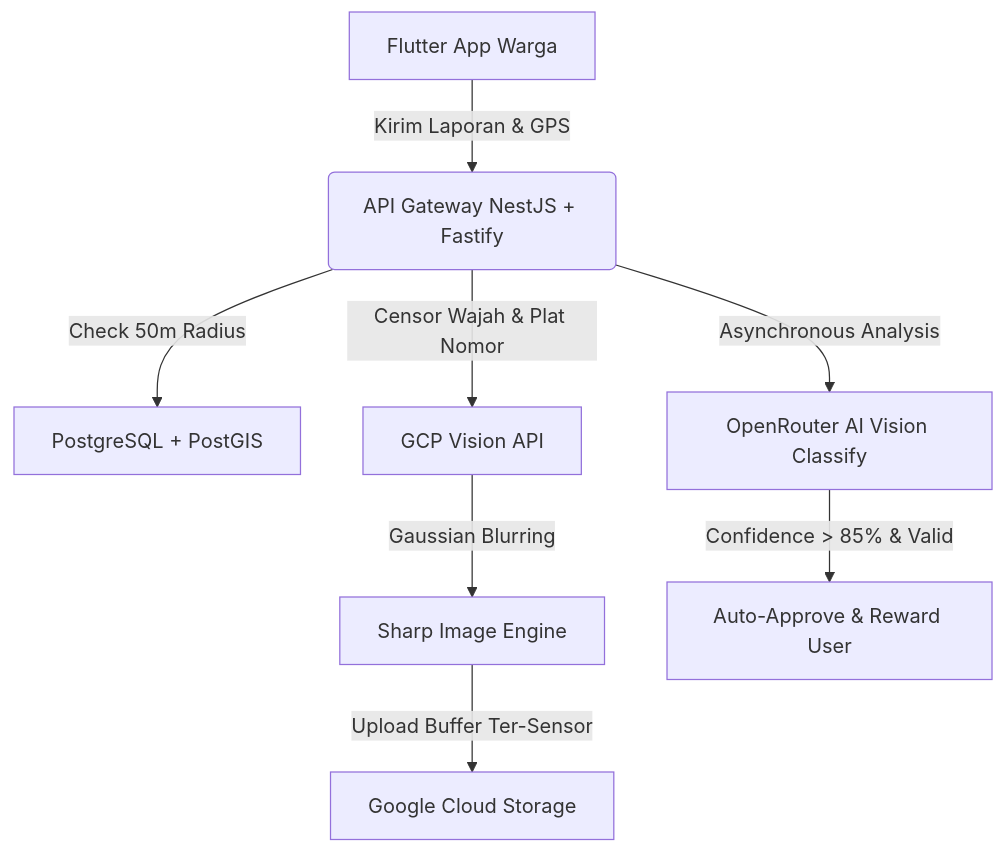
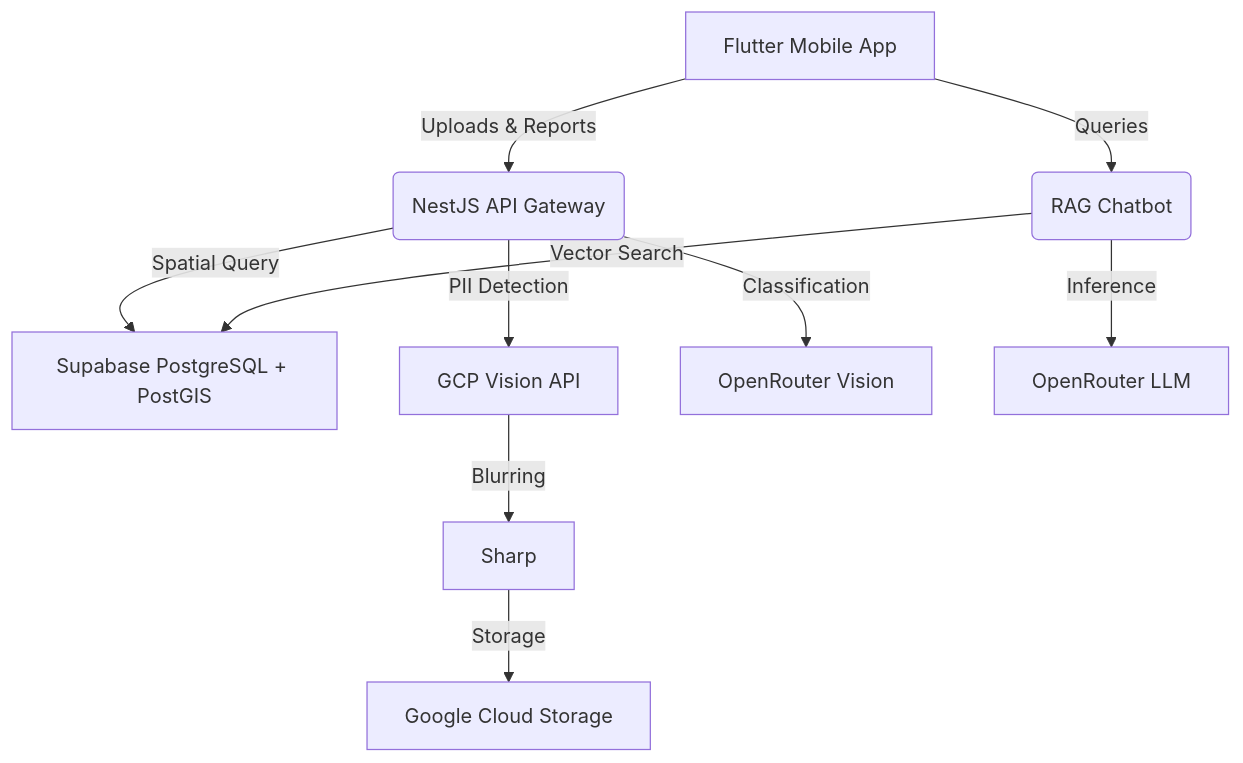
Before and after one commit to agissugandi7203-ops/EKKA-2026_MarhasAI: the diagram in README.md, drawn with Mermaid. The commit also changed other lines of this file, not shown here.

````diff
--- a/README.md
+++ b/README.md
@@ -94,10 +46,12 @@
 ```mermaid
 graph TD
-    A[Flutter App Warga] -->|Kirim Laporan & GPS| B(API Gateway NestJS + Fastify)
-    B -->|Check 50m Radius| C[PostgreSQL + PostGIS]
-    B -->|Censor Wajah & Plat Nomor| D[GCP Vision API]
-    D -->|Gaussian Blurring| E[Sharp Image Engine]
-    E -->|Upload Buffer Ter-Sensor| F[Google Cloud Storage]
-    B -->|Asynchronous Analysis| G[OpenRouter AI Vision Classify]
-    G -->|Confidence > 85% & Valid| H[Auto-Approve & Reward User]
+    A[Flutter Mobile App] -->|Uploads & Reports| B(NestJS API Gateway)
+    B -->|Spatial Query| C[Supabase PostgreSQL + PostGIS]
+    B -->|PII Detection| D[GCP Vision API]
+    D -->|Blurring| E[Sharp]
+    E -->|Storage| F[Google Cloud Storage]
+    B -->|Classification| G[OpenRouter Vision]
+    A -->|Queries| H(RAG Chatbot)
+    H -->|Vector Search| C
+    H -->|Inference| I[OpenRouter LLM]
 ```
````
